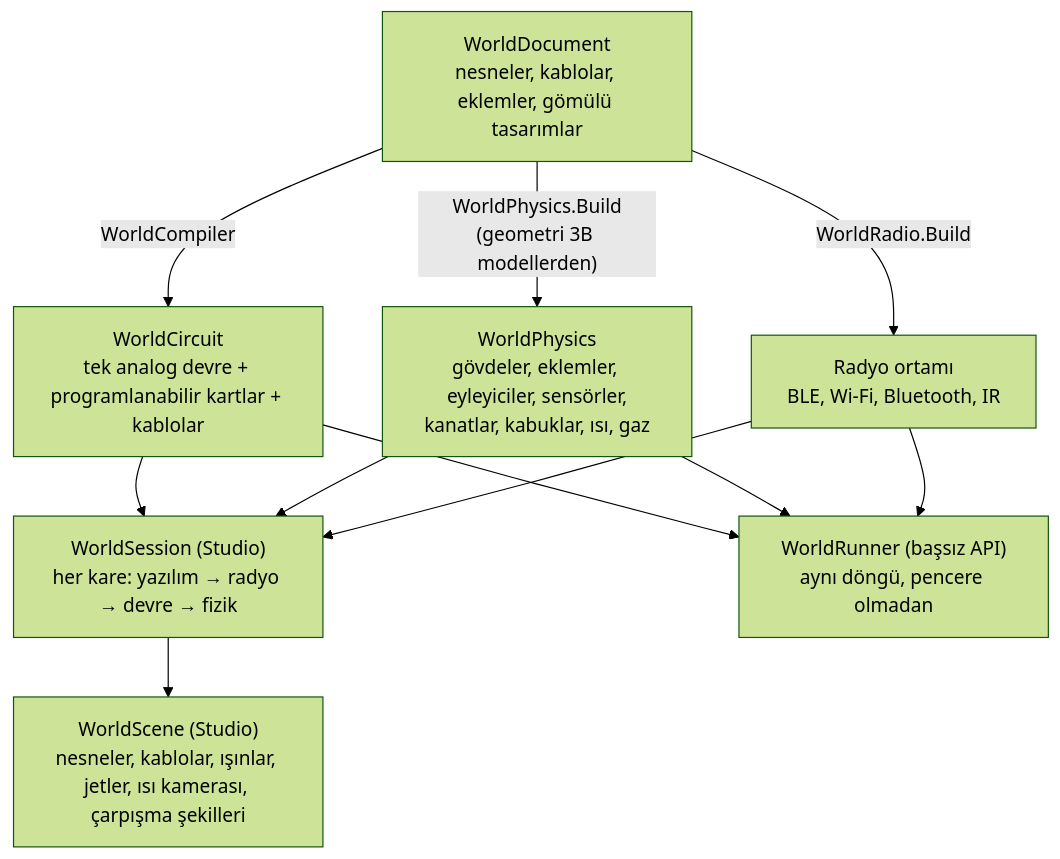
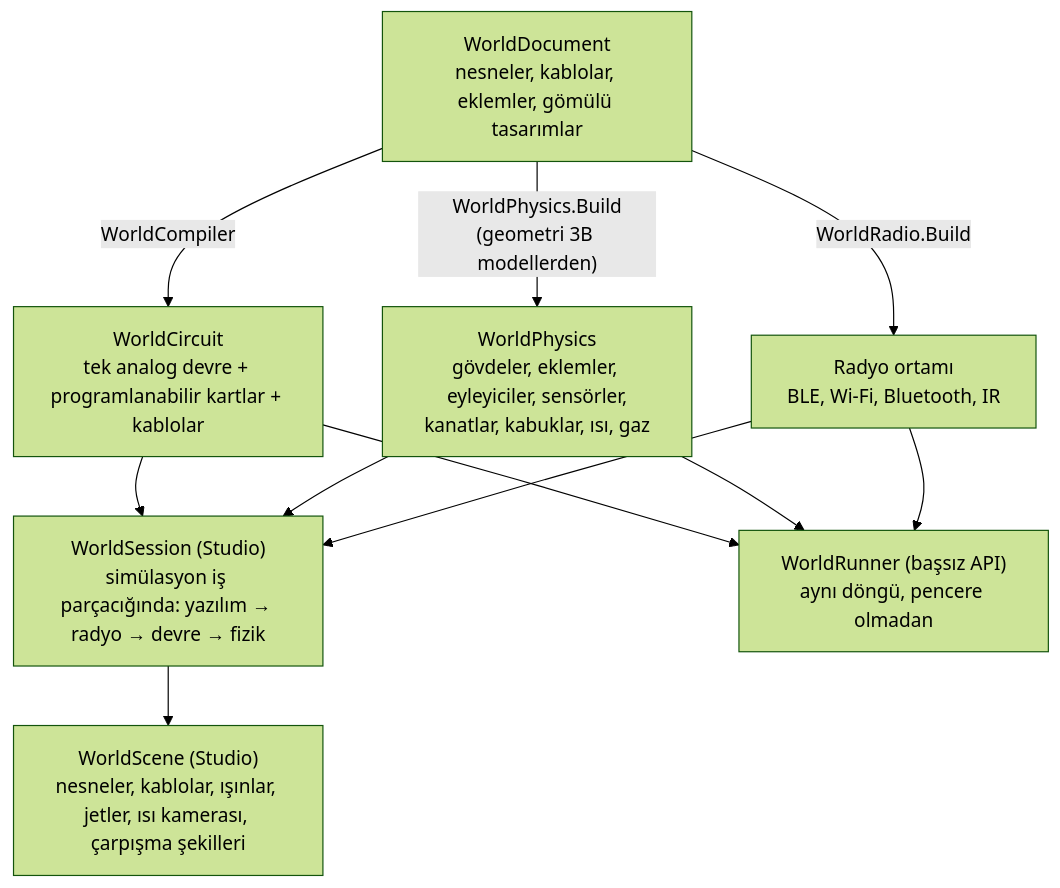
One commit to Kinin-Code-Offical/robotwin-studio changed the third of 4 diagrams in docs/gelistirici/MIMARI.md. Above: the diagram before and after it, drawn with Mermaid (forest theme). The commit also changed other lines of this file and 29 other files, not shown here.

````diff
--- a/docs/gelistirici/MIMARI.md
+++ b/docs/gelistirici/MIMARI.md
@@ -92,13 +92,13 @@
 ```mermaid
 flowchart TB
     D["WorldDocument<br/>nesneler, kablolar, eklemler, gömülü tasarımlar"] -- "WorldCompiler" --> C["WorldCircuit<br/>tek analog devre + programlanabilir kartlar + kablolar"]
     D -- "WorldPhysics.Build<br/>(geometri 3B modellerden)" --> P["WorldPhysics<br/>gövdeler, eklemler, eyleyiciler, sensörler,<br/>kanatlar, kabuklar, ısı, gaz"]
     D -- "WorldRadio.Build" --> R["Radyo ortamı<br/>BLE, Wi-Fi, Bluetooth, IR"]
-    C --> S["WorldSession (Studio)<br/>her kare: yazılım → radyo → devre → fizik"]
+    C --> S["WorldSession (Studio)<br/>simülasyon iş parçacığında: yazılım → radyo → devre → fizik"]
     P --> S
     R --> S
     S --> V["WorldScene (Studio)<br/>nesneler, kablolar, ışınlar, jetler, ısı kamerası, çarpışma şekilleri"]
     C --> H["WorldRunner (başsız API)<br/>aynı döngü, pencere olmadan"]
     P --> H
     R --> H
 ```
````
